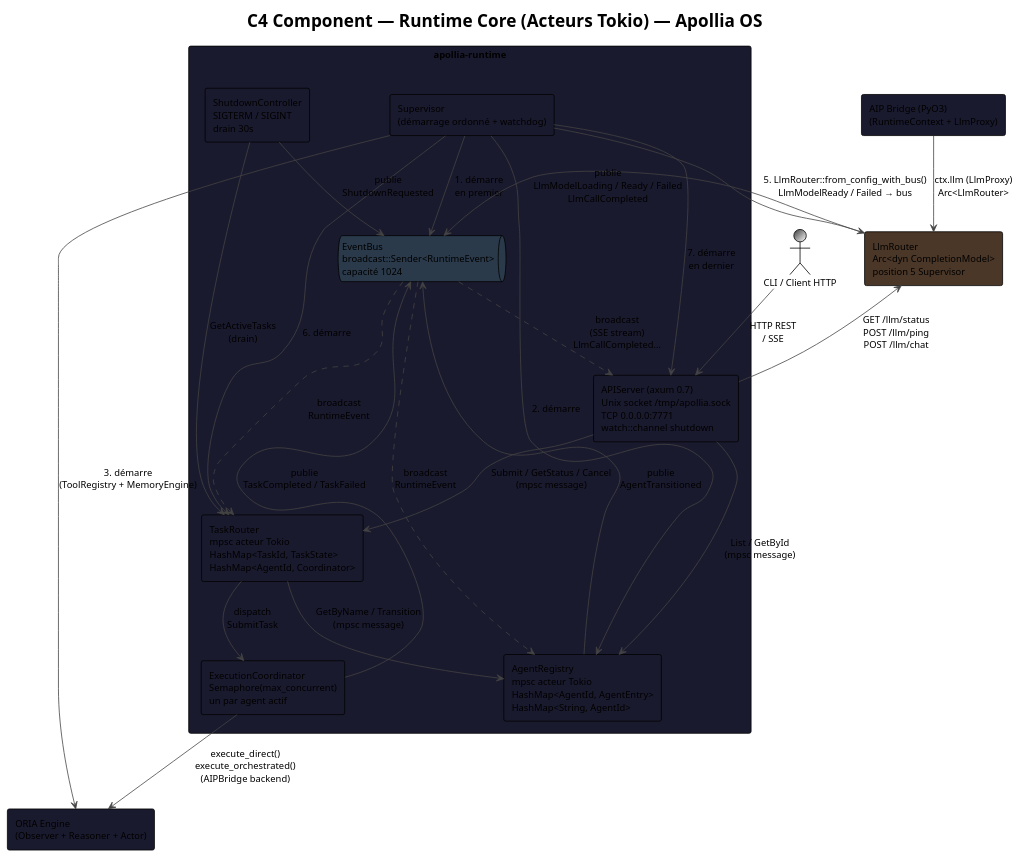
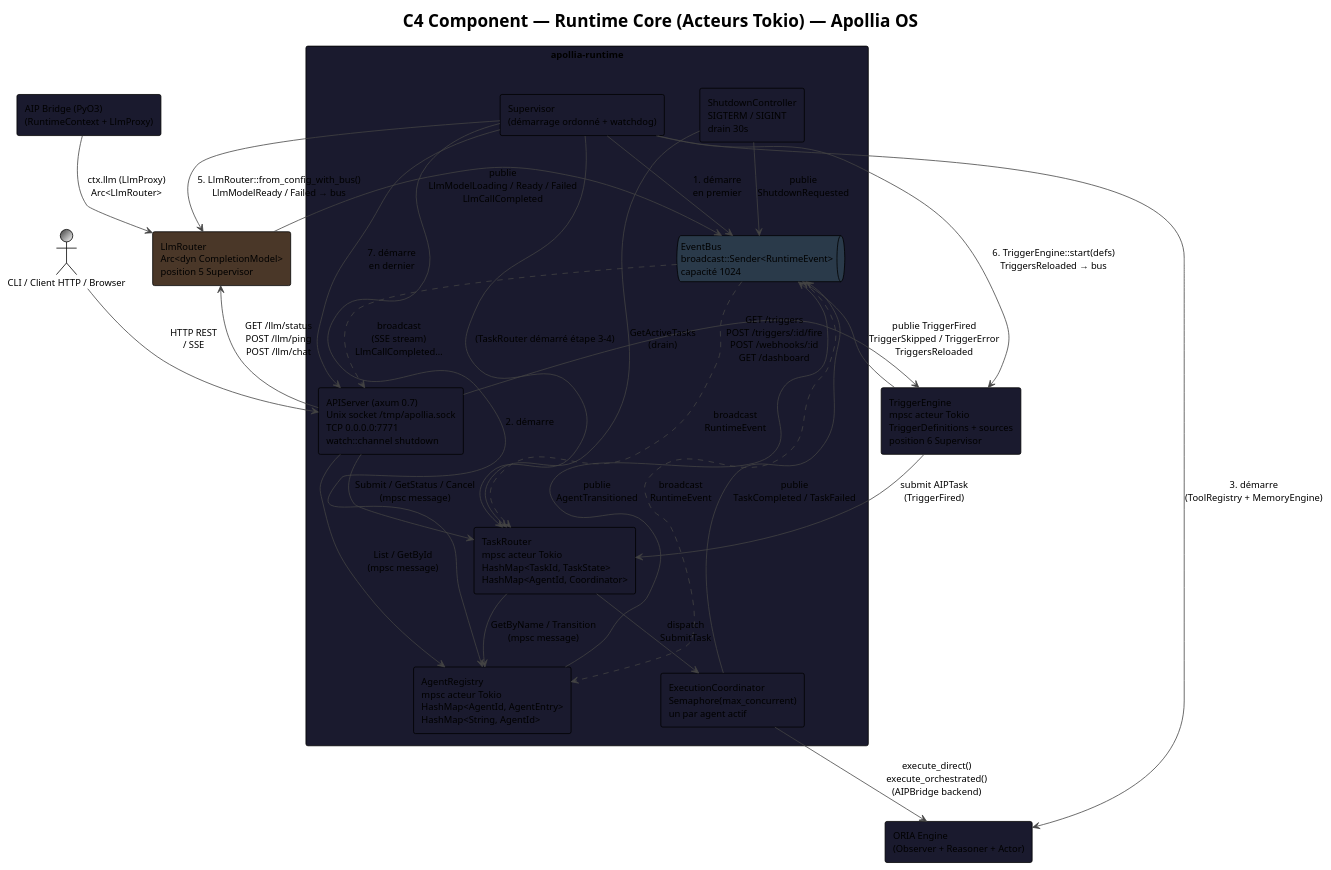
The diagram in docs/diagrams/c4-component-runtime-core.puml (nidal-z/apollia-os), drawn with PlantUML before and after one commit. The commit also changed 18 other files, not shown here.

First line of the commit message:
feat(triggers): introduce Triggers Engine and Dashboard Observability

```diff
--- a/docs/diagrams/c4-component-runtime-core.puml
+++ b/docs/diagrams/c4-component-runtime-core.puml
@@ -1,66 +1,73 @@
 @startuml c4-component-runtime-core
 !theme plain
 skinparam backgroundColor #FFFFFF
 skinparam defaultFontName "JetBrains Mono"
 skinparam defaultFontSize 12
 skinparam ArrowColor #444444
 skinparam BorderColor #444444
 
 title C4 Component — Runtime Core (Acteurs Tokio) — Apollia OS
 
 rectangle "apollia-runtime" as runtime #1a1a2e {
 
   rectangle "Supervisor\n(démarrage ordonné + watchdog)" as sup #1a1a2e
 
   queue "EventBus\nbroadcast::Sender<RuntimeEvent>\ncapacité 1024" as bus #2a3a4a
 
   rectangle "AgentRegistry\nmpsc acteur Tokio\nHashMap<AgentId, AgentEntry>\nHashMap<String, AgentId>" as reg #1a1a2e
 
   rectangle "TaskRouter\nmpsc acteur Tokio\nHashMap<TaskId, TaskState>\nHashMap<AgentId, Coordinator>" as router #1a1a2e
 
   rectangle "ExecutionCoordinator\nSemaphore(max_concurrent)\nun par agent actif" as coord #1a1a2e
 
   rectangle "APIServer (axum 0.7)\nUnix socket /tmp/apollia.sock\nTCP 0.0.0.0:7771\nwatch::channel shutdown" as api #1a1a2e
 
   rectangle "ShutdownController\nSIGTERM / SIGINT\ndrain 30s" as shutdown #1a1a2e
 }
 
 rectangle "LlmRouter\nArc<dyn CompletionModel>\nposition 5 Supervisor" as llm #4a3728
 
+rectangle "TriggerEngine\nmpsc acteur Tokio\nTriggerDefinitions + sources\nposition 6 Supervisor" as trig #1a1a2e
+
 rectangle "ORIA Engine\n(Observer + Reasoner + Actor)" as oria #1a1a2e
 rectangle "AIP Bridge (PyO3)\n(RuntimeContext + LlmProxy)" as aip #1a1a2e
-actor "CLI / Client HTTP" as cli #3a3a3a/white
+actor "CLI / Client HTTP / Browser" as cli #3a3a3a/white
 
 ' --- ordre de démarrage Supervisor (1→7) ---
 sup --> bus    : 1. démarre\nen premier
 sup --> reg    : 2. démarre
 sup --> oria   : 3. démarre\n(ToolRegistry + MemoryEngine)
 sup --> llm    : 5. LlmRouter::from_config_with_bus()\nLlmModelReady / Failed → bus
-sup --> router : 6. démarre
+sup --> trig   : 6. TriggerEngine::start(defs)\nTriggersReloaded → bus
+sup --> router : (TaskRouter démarré étape 3-4)
 sup --> api    : 7. démarre\nen dernier
 
 bus ..> reg    : broadcast\nRuntimeEvent
 bus ..> router : broadcast\nRuntimeEvent
 bus ..> api    : broadcast\n(SSE stream)\nLlmCallCompleted…
 
 reg    --> bus    : publie\nAgentTransitioned
 llm    --> bus    : publie\nLlmModelLoading / Ready / Failed\nLlmCallCompleted
 
 router --> reg    : GetByName / Transition\n(mpsc message)
 router --> coord  : dispatch\nSubmitTask
 
 coord  --> oria   : execute_direct()\nexecute_orchestrated()\n(AIPBridge backend)
 coord  --> bus    : publie\nTaskCompleted / TaskFailed
 
 api    --> router : Submit / GetStatus / Cancel\n(mpsc message)
 api    --> reg    : List / GetById\n(mpsc message)
 api    --> llm    : GET /llm/status\nPOST /llm/ping\nPOST /llm/chat
+api    --> trig   : GET /triggers\nPOST /triggers/:id/fire\nPOST /webhooks/:id\nGET /dashboard
+
+trig   --> router : submit AIPTask\n(TriggerFired)
+trig   --> bus    : publie TriggerFired\nTriggerSkipped / TriggerError\nTriggersReloaded
 
 aip    --> llm    : ctx.llm (LlmProxy)\nArc<LlmRouter>
 
 shutdown --> bus    : publie\nShutdownRequested
 shutdown --> router : GetActiveTasks\n(drain)
 
 cli --> api : HTTP REST\n/ SSE
 
 @enduml
```
